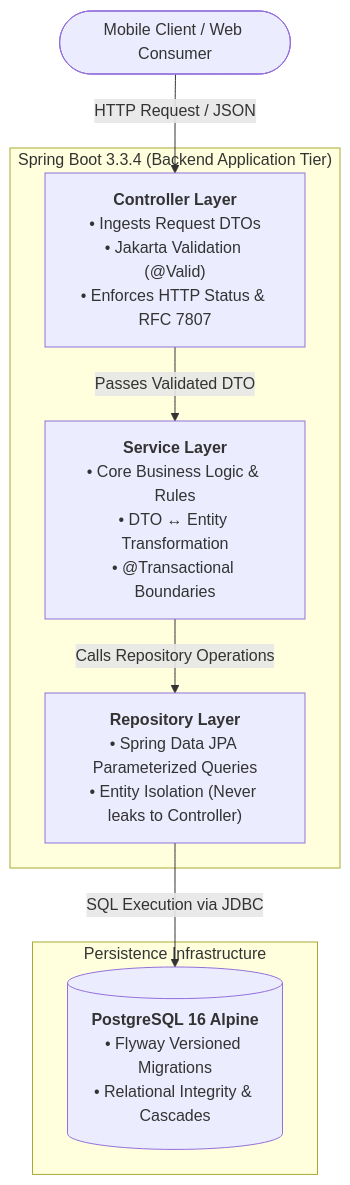
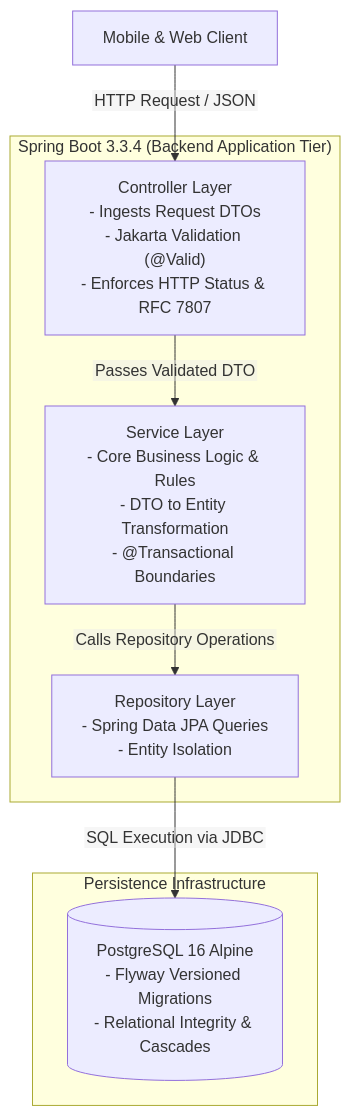
Before and after one commit to Varian08/smart-local-planner: the first of 3 diagrams in README.md, drawn with Mermaid. The commit also changed other lines of this file and 4 other files, not shown here.

Commit message:
docs(mermaid): disable htmlLabels and remove HTML bold tags to prevent SVG foreignObject text clipping

````diff
--- a/README.md
+++ b/README.md
@@ -67,19 +67,20 @@
 ```mermaid
+%%{init: {'flowchart': {'htmlLabels': false}}}%%
 flowchart TD
-    Client(["Mobile Client / Web Consumer"]) -->|"HTTP Request / JSON"| Controller
+    Client["Mobile & Web Client"] -->|"HTTP Request / JSON"| Controller
 
     subgraph BackendApp ["Spring Boot 3.3.4 (Backend Application Tier)"]
-        Controller["<b>Controller Layer</b><br/>• Ingests Request DTOs<br/>• Jakarta Validation (@Valid)<br/>• Enforces HTTP Status & RFC 7807"]
-        Service["<b>Service Layer</b><br/>• Core Business Logic & Rules<br/>• DTO ↔ Entity Transformation<br/>• @Transactional Boundaries"]
-        Repository["<b>Repository Layer</b><br/>• Spring Data JPA Parameterized Queries<br/>• Entity Isolation (Never leaks to Controller)"]
+        Controller["Controller Layer<br/>- Ingests Request DTOs<br/>- Jakarta Validation (@Valid)<br/>- Enforces HTTP Status & RFC 7807"]
+        Service["Service Layer<br/>- Core Business Logic & Rules<br/>- DTO to Entity Transformation<br/>- @Transactional Boundaries"]
+        Repository["Repository Layer<br/>- Spring Data JPA Queries<br/>- Entity Isolation"]
         
         Controller -->|"Passes Validated DTO"| Service
         Service -->|"Calls Repository Operations"| Repository
     end
 
     subgraph PersistenceTier ["Persistence Infrastructure"]
-        Postgres[("<b>PostgreSQL 16 Alpine</b><br/>• Flyway Versioned Migrations<br/>• Relational Integrity & Cascades")]
+        Postgres[("PostgreSQL 16 Alpine<br/>- Flyway Versioned Migrations<br/>- Relational Integrity & Cascades")]
     end
 
     Repository -->|"SQL Execution via JDBC"| Postgres
 ```
````
